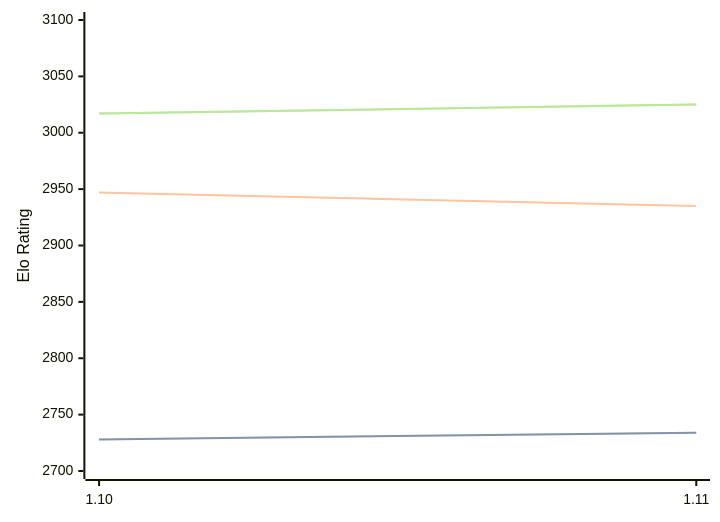
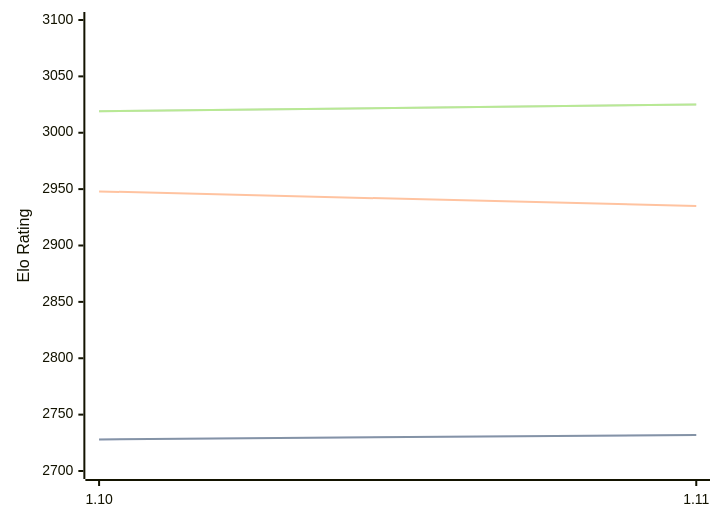
The diagram in engines/Roc.md (computer-chess-index/cci), drawn with Mermaid before and after one commit. The commit also changed other lines of this file, not shown here.

Commit message:
Update CCI Ratings (ELO VLTC) - 2026-07-31

````diff
--- a/engines/Roc.md
+++ b/engines/Roc.md
@@ -65,11 +65,11 @@
 ```mermaid
 %%{init: {"theme":"base","themeVariables":{"seriesColors:['#a3a3a3','#222221','#faa371']}}}%%
 xychart-beta
   x-axis ["1.10", "1.11"]
   y-axis "Elo Rating" 2700 --> 3100
-  line "STC (8.0+0.08s)" [2728, 2734]
-  line "STC (8.0+0.08s)" [2728, 2734]
-  line "LTC (60.0+0.60s)" [2947, 2935]
-  line "VLTC (2m24s+1.12s)" [3017, 3025]
-  line "VLTC (2m24s+1.12s)" [3017, 3025]
+  line "STC (8.0+0.08s)" [2728, 2732]
+  line "STC (8.0+0.08s)" [2728, 2732]
+  line "LTC (60.0+0.60s)" [2948, 2935]
+  line "VLTC (2m24s+1.12s)" [3019, 3025]
+  line "VLTC (2m24s+1.12s)" [3019, 3025]
 ```
````
